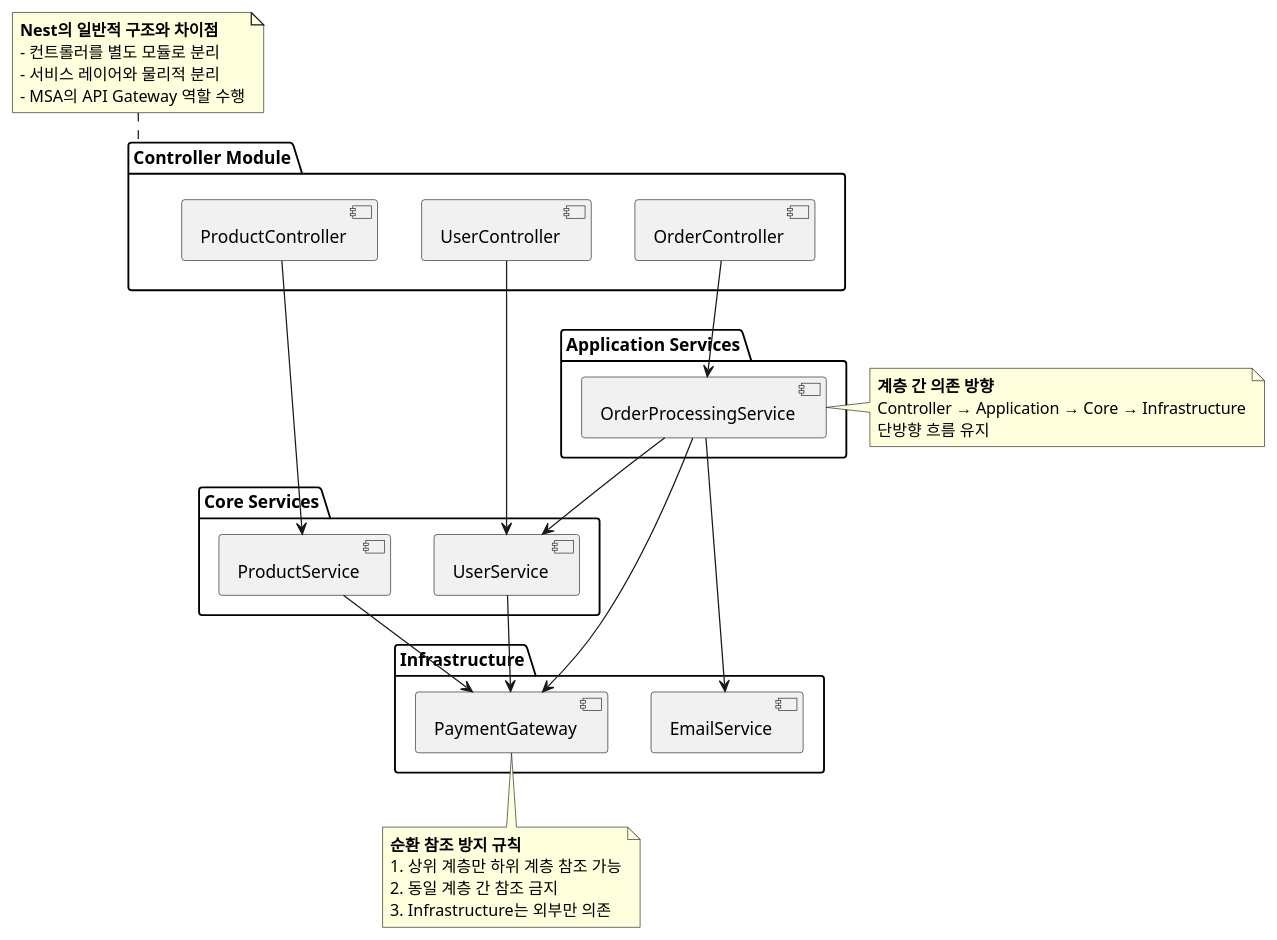
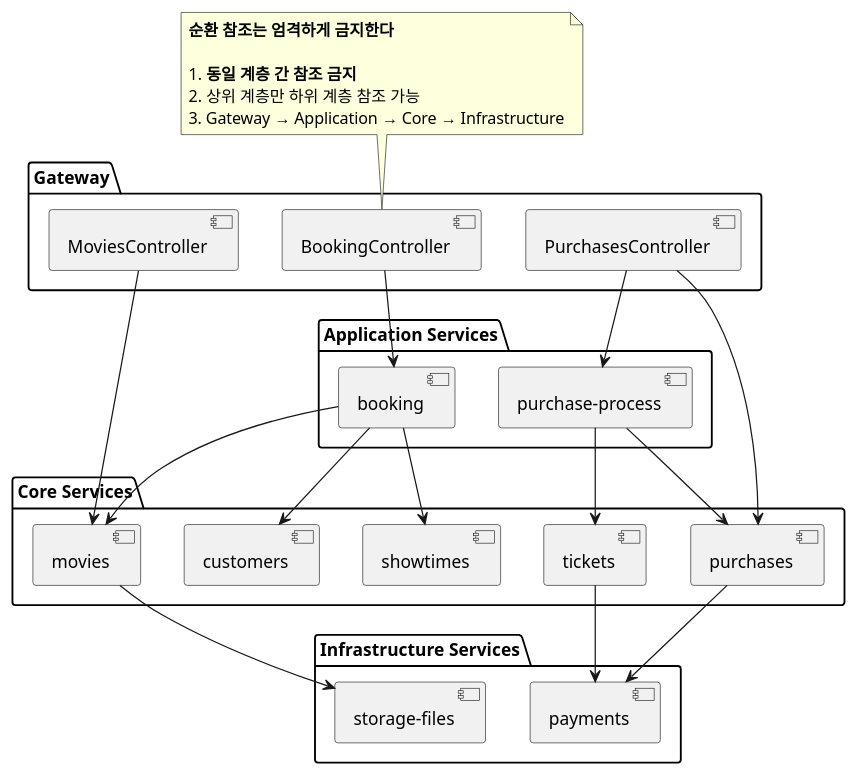
Before and after one commit to songminkyu/nest-msa: the diagram in docs/guides/design.guide.md, drawn with PlantUML. The commit also changed other lines of this file and 2 other files, not shown here.

Commit message:
refactor: update design and implementation guides to clarify circular dependency rules and service separation

````diff
--- a/docs/guides/design.guide.md
+++ b/docs/guides/design.guide.md
@@ -13,54 +5,52 @@
 ```plantuml
 @startuml
-package "Controller Module" {
-  [UserController]
-  [OrderController]
-  [ProductController]
+package "Gateway" {
+  [MoviesController]
+  [BookingController]
+  [PurchasesController]
 }
 
 package "Application Services" {
-  [OrderProcessingService]
+  [booking]
+  ["purchase-process"]
 }
 
 package "Core Services" {
-  [UserService]
-  [ProductService]
+  [movies]
+  [customers]
+  [showtimes]
+  [purchases]
+  [tickets]
 }
 
-package "Infrastructure" {
-  [PaymentGateway]
-  [EmailService]
+package "Infrastructure Services" {
+  [payments]
+  ["storage-files"]
 }
 
-[UserController] --> [UserService]
-[OrderController] --> [OrderProcessingService]
-[ProductController] --> [ProductService]
+[MoviesController] --> [movies]
+[BookingController] --> [booking]
+[PurchasesController] --> ["purchase-process"]
+[PurchasesController] --> [purchases]
 
-[OrderProcessingService] --> [UserService]
-[OrderProcessingService] --> [PaymentGateway]
-[OrderProcessingService] --> [EmailService]
+[booking] --> [customers]
+[booking] --> [showtimes]
+[booking] --> [movies]
 
-[UserService] --> [PaymentGateway]
-[ProductService] --> [PaymentGateway]
+["purchase-process"] --> [purchases]
+["purchase-process"] --> [tickets]
 
-note top of [Controller Module]
-**Nest의 일반적 구조와 차이점**
-- 컨트롤러를 별도 모듈로 분리
-- 서비스 레이어와 물리적 분리
-- MSA의 API Gateway 역할 수행
+[movies] --> ["storage-files"]
+[purchases] --> [payments]
+[tickets] --> [payments]
+
+note top of [BookingController]
+**순환 참조는 엄격하게 금지한다**
+
+1. **동일 계층 간 참조 금지**
+2. 상위 계층만 하위 계층 참조 가능
+3. Gateway → Application → Core → Infrastructure
 end note
 
-note right of [OrderProcessingService]
-**계층 간 의존 방향**
-Controller → Application → Core → Infrastructure
-단방향 흐름 유지
-end note
-
-note bottom of [PaymentGateway]
-**순환 참조 방지 규칙**
-1. 상위 계층만 하위 계층 참조 가능
-2. 동일 계층 간 참조 금지
-3. Infrastructure는 외부만 의존
-end note
 @enduml
 ```
````
